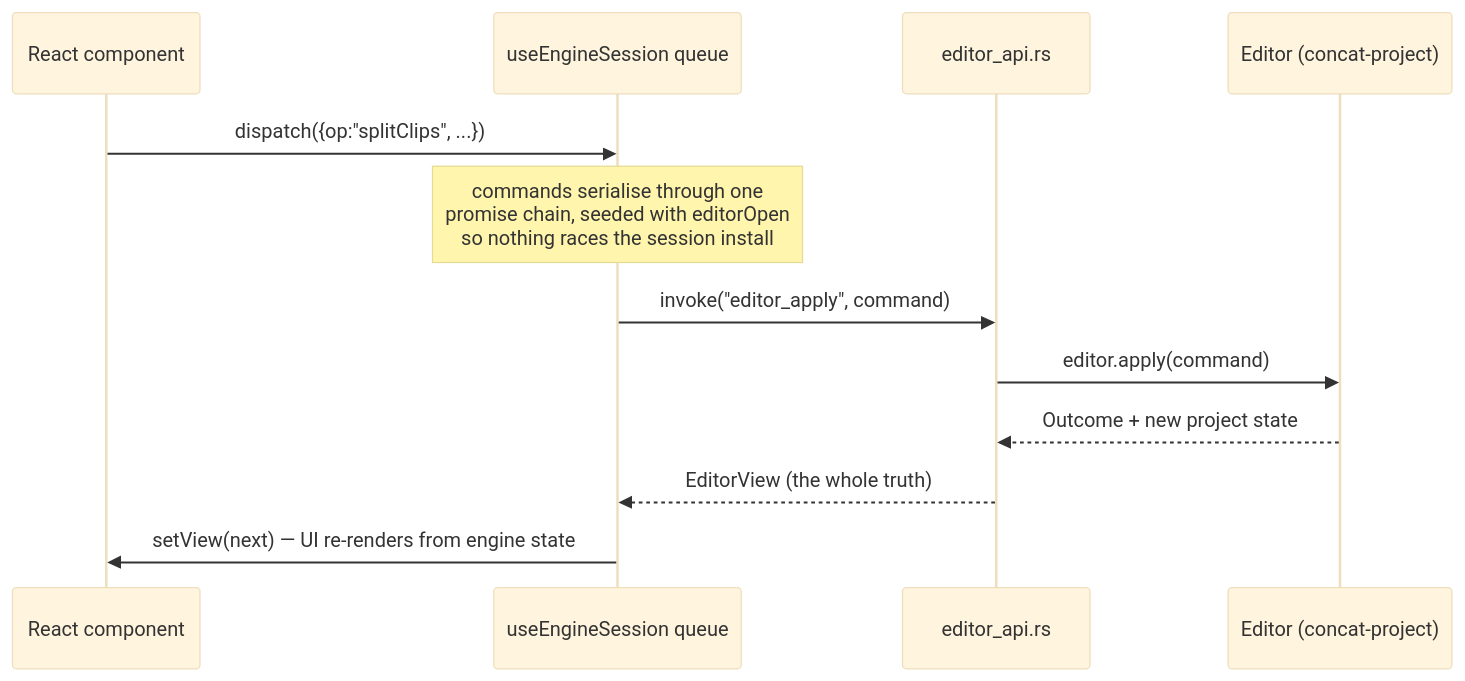
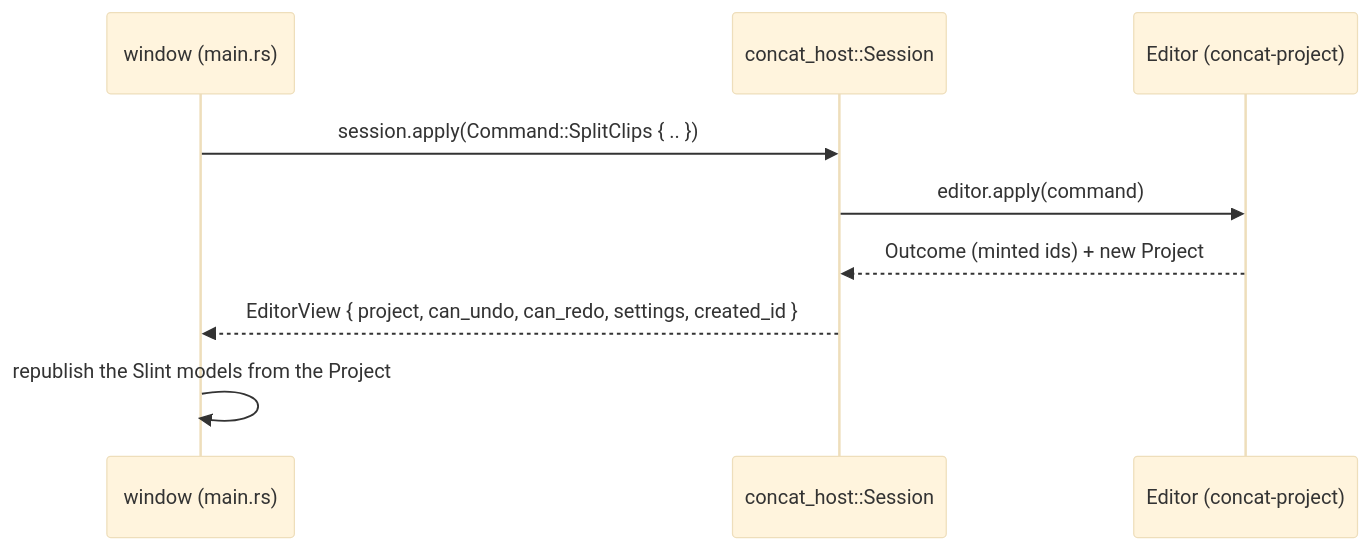
The second of 3 diagrams in ARCHITECTURE.md (Mehdidjah/Concat-app), drawn with Mermaid (base theme) before and after one commit. The commit also changed other lines of this file and 51 other files, not shown here.

````diff
--- a/ARCHITECTURE.md
+++ b/ARCHITECTURE.md
@@ -75,15 +87,12 @@
 ```mermaid
 sequenceDiagram
-    participant UI as React component
-    participant Q as useEngineSession queue
-    participant H as editor_api.rs
+    participant W as window (main.rs)
+    participant S as concat_host::Session
     participant E as Editor (concat-project)
 
-    UI->>Q: dispatch({op:"splitClips", ...})
-    Note over Q: commands serialise through one<br/>promise chain, seeded with editorOpen<br/>so nothing races the session install
-    Q->>H: invoke("editor_apply", command)
-    H->>E: editor.apply(command)
-    E-->>H: Outcome + new project state
-    H-->>Q: EditorView (the whole truth)
-    Q->>UI: setView(next) — UI re-renders from engine state
+    W->>S: session.apply(Command::SplitClips { .. })
+    S->>E: editor.apply(command)
+    E-->>S: Outcome (minted ids) + new Project
+    S-->>W: EditorView { project, can_undo, can_redo, settings, created_id }
+    W->>W: republish the Slint models from the Project
 ```
````
